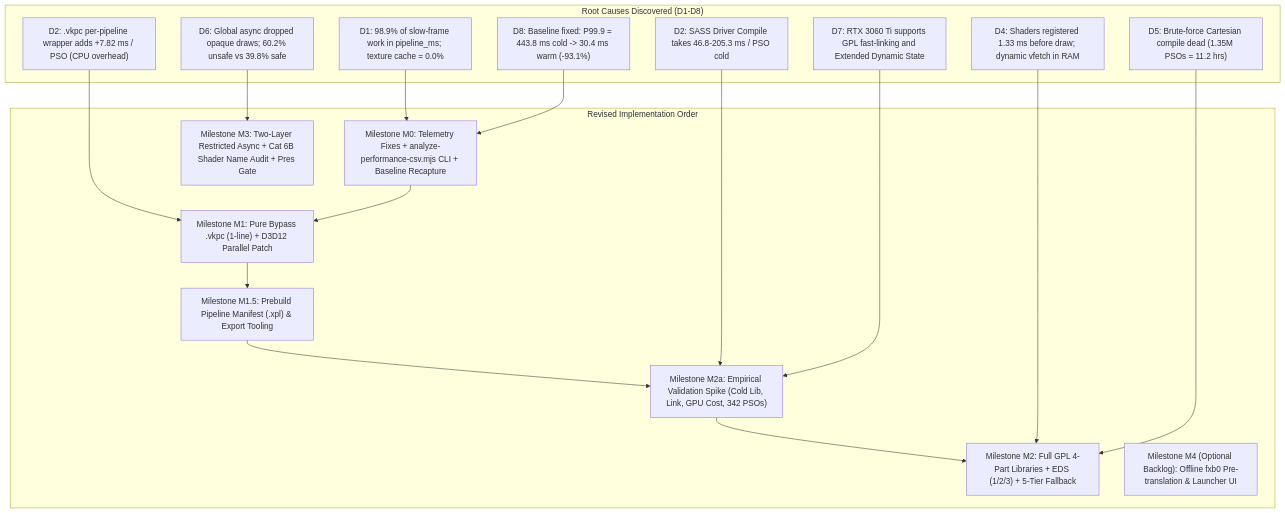
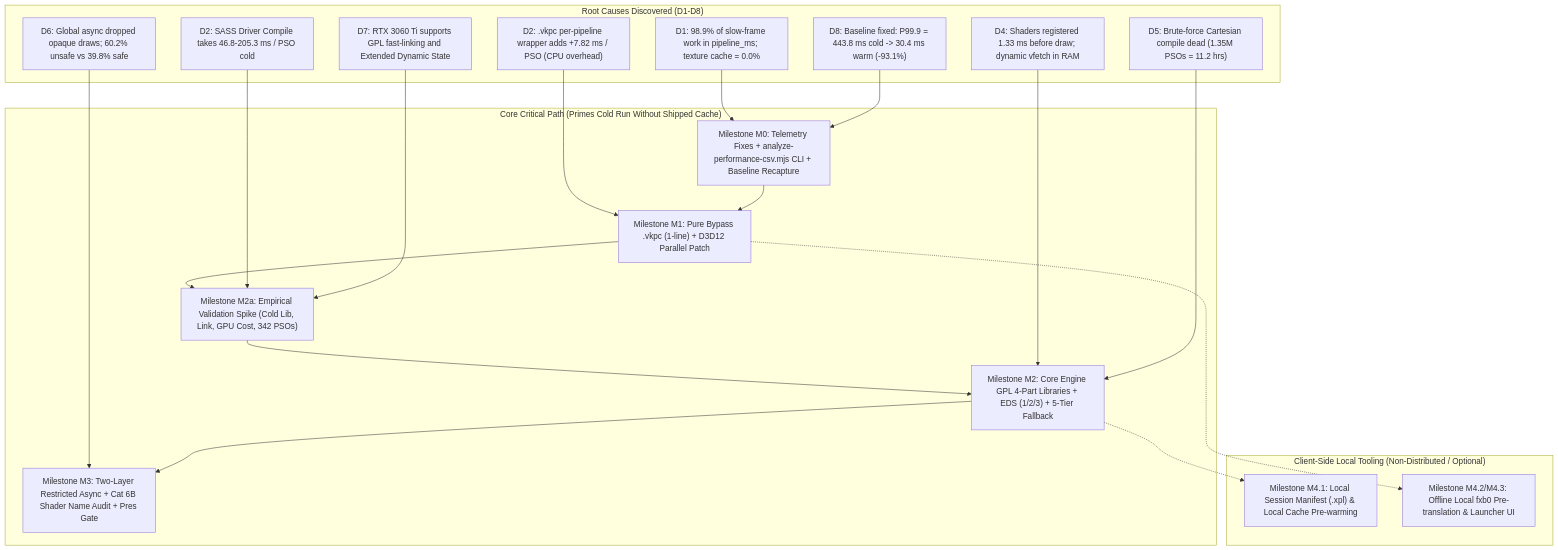
Before and after one commit to kelvynzucco/majistic-recomp: the diagram in docs/SHADER_IMPLEMENTATION_PLAN.md, drawn with Mermaid. The commit also changed other lines of this file, not shown here.

First line of the commit message:
docs(shader): enforce strict clean-room legal boundary, remove distributed .xpl, reframe M4.1 as local-only

````diff
--- a/docs/SHADER_IMPLEMENTATION_PLAN.md
+++ b/docs/SHADER_IMPLEMENTATION_PLAN.md
@@ -88,36 +89,41 @@
 ```mermaid
 flowchart TD
     subgraph RootCauses ["Root Causes Discovered (D1-D8)"]
         D1["D1: 98.9% of slow-frame work in pipeline_ms; texture cache = 0.0%"]
         D2A["D2: SASS Driver Compile takes 46.8-205.3 ms / PSO cold"]
         D2B["D2: .vkpc per-pipeline wrapper adds +7.82 ms / PSO (CPU overhead)"]
         D4["D4: Shaders registered 1.33 ms before draw; dynamic vfetch in RAM"]
         D5["D5: Brute-force Cartesian compile dead (1.35M PSOs = 11.2 hrs)"]
         D6["D6: Global async dropped opaque draws; 60.2% unsafe vs 39.8% safe"]
         D7["D7: RTX 3060 Ti supports GPL fast-linking and Extended Dynamic State"]
         D8["D8: Baseline fixed: P99.9 = 443.8 ms cold -> 30.4 ms warm (-93.1%)"]
     end
 
-    subgraph PhasedExecution ["Revised Implementation Order"]
+    subgraph CoreCriticalPath ["Core Critical Path (Primes Cold Run Without Shipped Cache)"]
         M0["Milestone M0: Telemetry Fixes + analyze-performance-csv.mjs CLI + Baseline Recapture"]
         M1["Milestone M1: Pure Bypass .vkpc (1-line) + D3D12 Parallel Patch"]
-        M15["Milestone M1.5: Prebuild Pipeline Manifest (.xpl) & Export Tooling"]
         M2a["Milestone M2a: Empirical Validation Spike (Cold Lib, Link, GPU Cost, 342 PSOs)"]
-        M2["Milestone M2: Full GPL 4-Part Libraries + EDS (1/2/3) + 5-Tier Fallback"]
+        M2["Milestone M2: Core Engine GPL 4-Part Libraries + EDS (1/2/3) + 5-Tier Fallback"]
         M3["Milestone M3: Two-Layer Restricted Async + Cat 6B Shader Name Audit + Pres Gate"]
-        M4["Milestone M4 (Optional Backlog): Offline fxb0 Pre-translation & Launcher UI"]
+    end
+
+    subgraph LocalAuxiliaryTooling ["Client-Side Local Tooling (Non-Distributed / Optional)"]
+        M41["Milestone M4.1: Local Session Manifest (.xpl) & Local Cache Pre-warming"]
+        M42["Milestone M4.2/M4.3: Offline Local fxb0 Pre-translation & Launcher UI"]
     end
 
     D1 --> M0
     D8 --> M0
     D2B --> M1
     M0 --> M1
-    M1 --> M15
-    M15 --> M2a
+    M1 --> M2a
     D2A --> M2a
     D7 --> M2a
     M2a --> M2
     D4 --> M2
     D5 --> M2
     D6 --> M3
+    M2 --> M3
+    M2 -.-> M41
+    M1 -.-> M42
 ```
````
